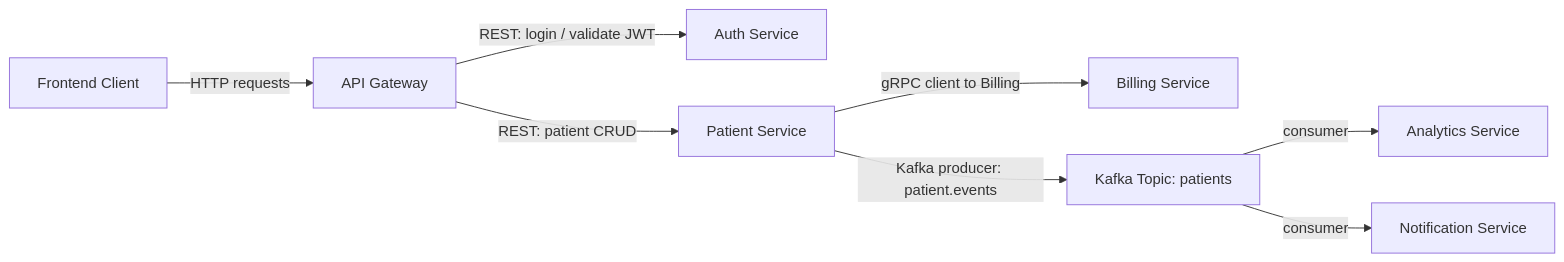
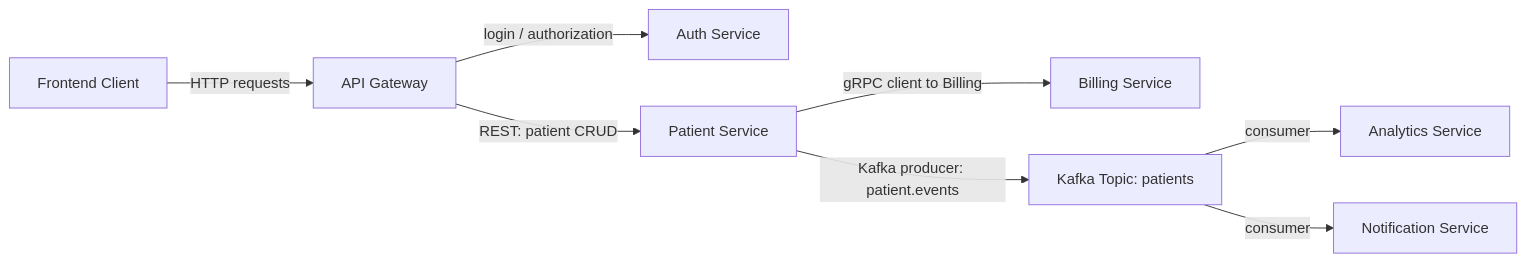
The first of 2 diagrams in README.md (psobow/health-care-system), drawn with Mermaid before and after one commit. The commit also changed other lines of this file and 5 other files, not shown here.

````diff
--- a/README.md
+++ b/README.md
@@ -53,30 +54,30 @@
 ```mermaid
 graph LR
   %% Clients
   UI["Frontend Client"]
   GW["API Gateway"]
   
   %% Services
   AUTH["Auth Service"]
   PAT["Patient Service"]
   BILL["Billing Service"]
   ANA["Analytics Service"]
   NOTIF["Notification Service"]
   KAFKA["Kafka Topic: patients"]
 
   %% Request path
   UI -->|HTTP requests| GW
 
   %% Gateway -> Services
-  GW -->|REST: login / validate JWT| AUTH
+  GW -->|login / authorization| AUTH
   GW -->|REST: patient CRUD| PAT
 
   %% Inter-service comms
   PAT -->|gRPC client to Billing| BILL
   PAT -->|Kafka producer: patient.events| KAFKA
 
   %% Event consumers
   KAFKA -->|consumer| ANA
   KAFKA -->|consumer| NOTIF
 
 ```
````
